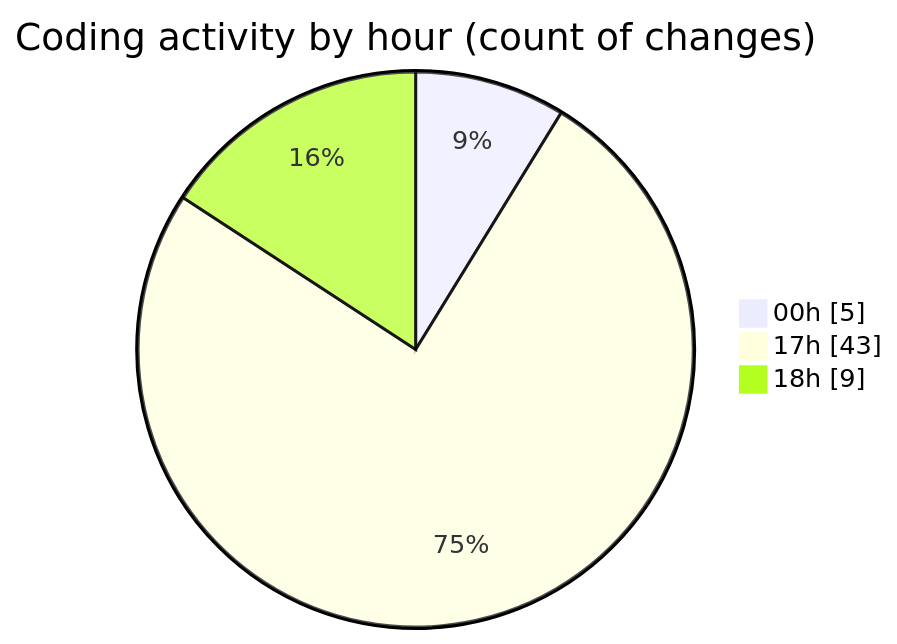
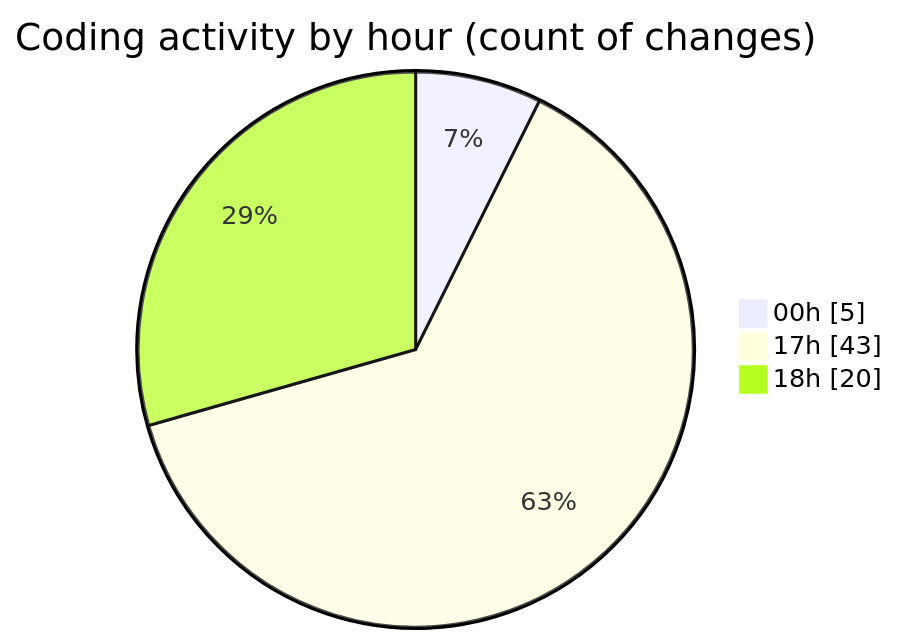
Before and after one commit to hasnaa123/code-tracking: the second of 2 diagrams in 2026-04-12/chatserver/README.md, drawn with Mermaid. The commit also changed other lines of this file and 1 other file, not shown here.

````diff
--- a/2026-04-12/chatserver/README.md
+++ b/2026-04-12/chatserver/README.md
@@ -32,7 +32,7 @@
 ```mermaid
 pie showData
 title Coding activity by hour (count of changes)
 "00h" : 5
 "17h" : 43
-"18h" : 9
+"18h" : 20
 ```
````
